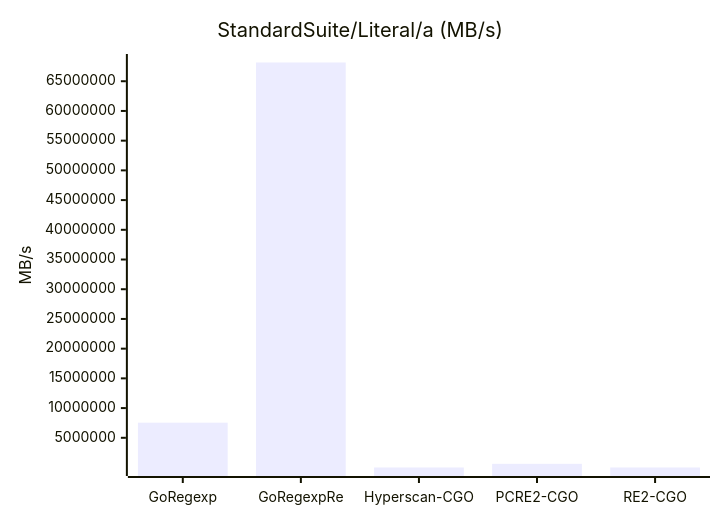
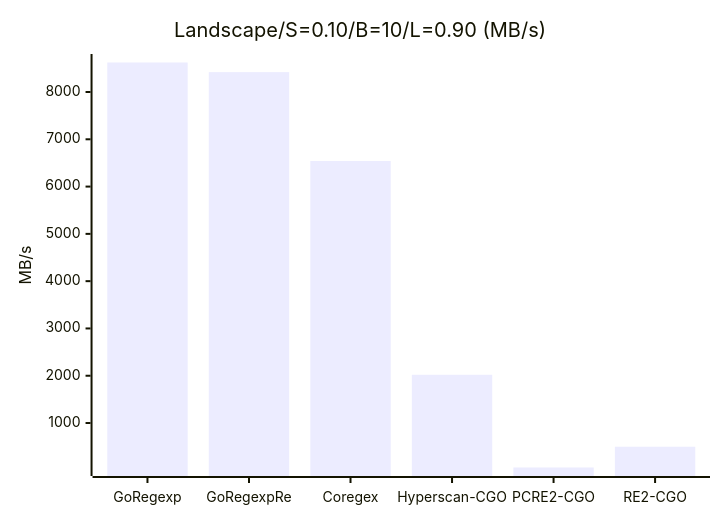
One commit to kamichidu/go-regexp-re changed diagram 17 of 47 in _benchmark_results/cgo_engines.md. Above: the diagram before and after it, drawn with Mermaid. The commit also changed other lines of this file and 3 other files, not shown here.

````diff
--- a/_benchmark_results/cgo_engines.md
+++ b/_benchmark_results/cgo_engines.md
@@ -198,7 +250,7 @@
 ```mermaid
 xychart-beta
-    title "StandardSuite/Literal/a (MB/s)"
-    x-axis ["GoRegexp", "GoRegexpRe", "Hyperscan-CGO", "PCRE2-CGO", "RE2-CGO"]
+    title "Landscape/S=0.10/B=10/L=0.90 (MB/s)"
+    x-axis ["GoRegexp", "GoRegexpRe", "Coregex", "Hyperscan-CGO", "PCRE2-CGO", "RE2-CGO"]
     y-axis "MB/s"
-    bar [7545469.07, 68152350.88, 1766.90, 619834.64, 5661.18]
+    bar [8623.77, 8420.15, 6541.68, 2020.39, 59.60, 498.85]
 ```
````
